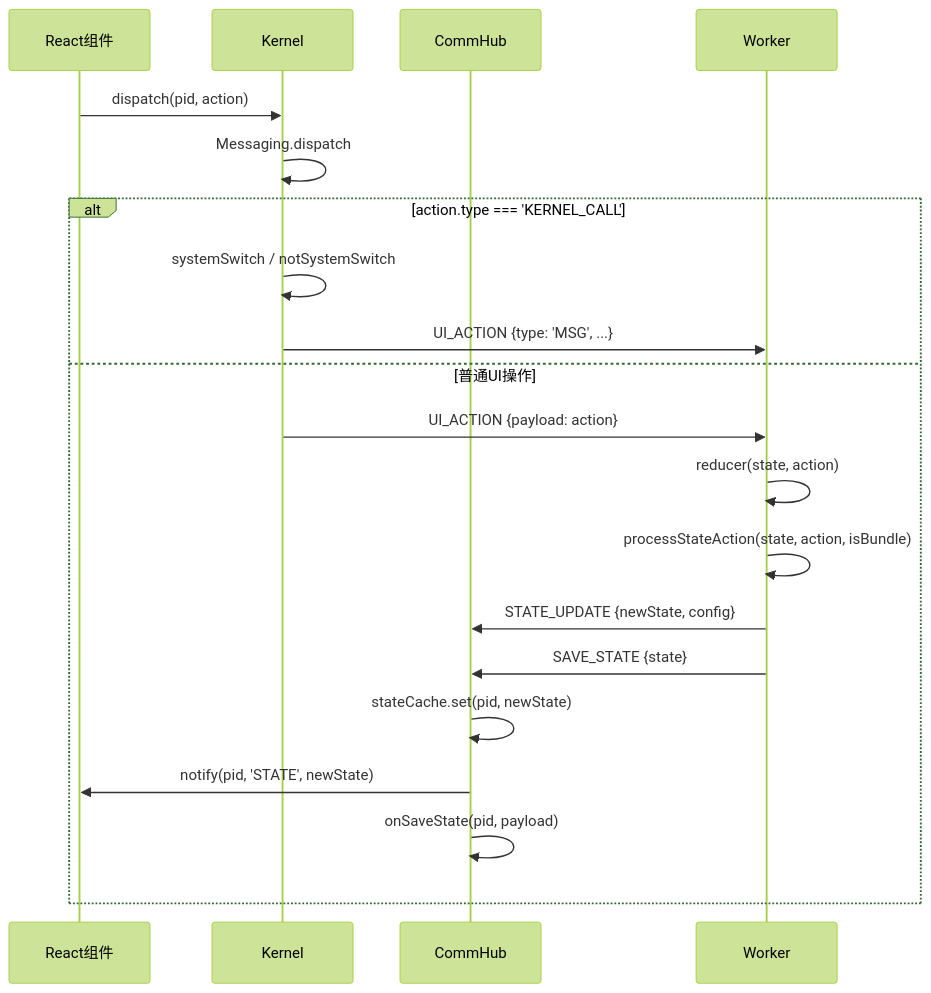
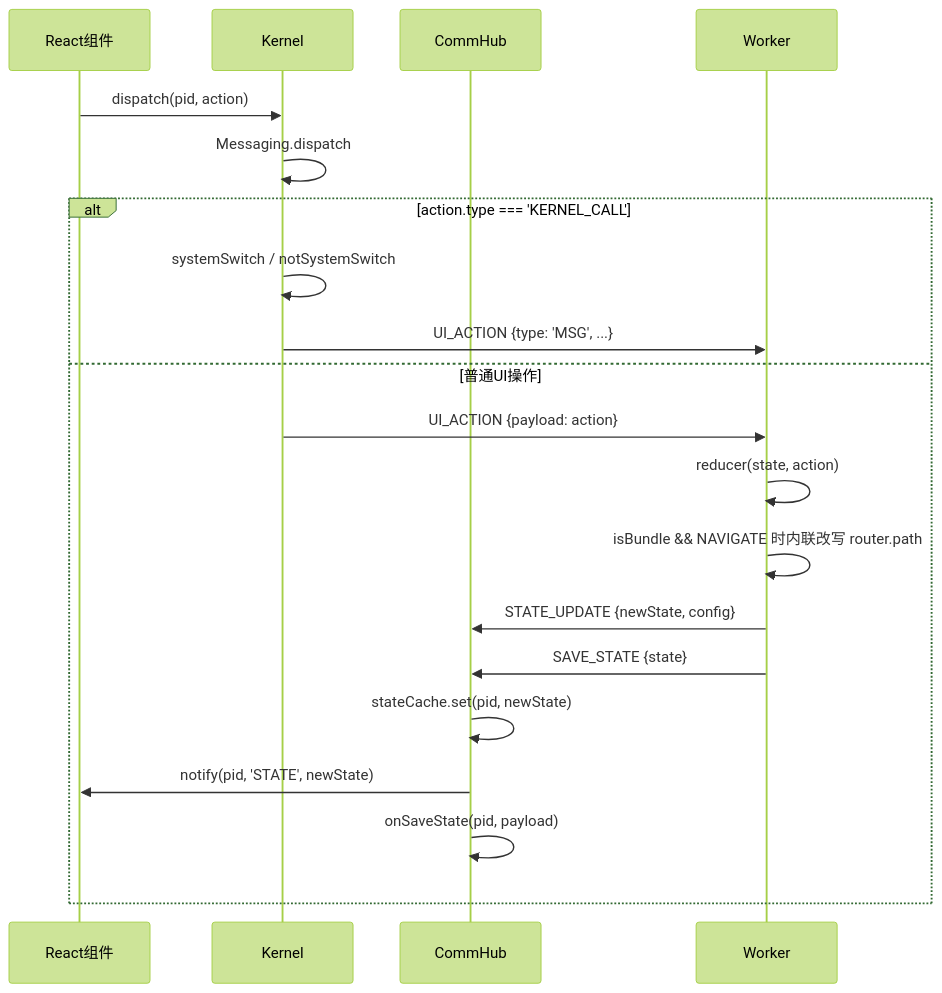
Diagram 12 of 14 in docs/module/04-process-kernel.md (suluwanqing/sukinOS), drawn with Mermaid (forest theme) before and after one commit. The commit also changed other lines of this file and 70 other files, not shown here.

````diff
--- a/docs/module/04-process-kernel.md
+++ b/docs/module/04-process-kernel.md
@@ -962,23 +1104,23 @@
 ```mermaid
 sequenceDiagram
     participant UI as React组件
     participant Kernel
     participant CommHub
     participant Worker
 
     UI->>Kernel: dispatch(pid, action)
     Kernel->>Kernel: Messaging.dispatch
     alt action.type === 'KERNEL_CALL'
         Kernel->>Kernel: systemSwitch / notSystemSwitch
         Kernel->>Worker: UI_ACTION {type: 'MSG', ...}
     else 普通UI操作
         Kernel->>Worker: UI_ACTION {payload: action}
         Worker->>Worker: reducer(state, action)
-        Worker->>Worker: processStateAction(state, action, isBundle)
+        Worker->>Worker: isBundle && NAVIGATE 时内联改写 router.path
         Worker->>CommHub: STATE_UPDATE {newState, config}
         Worker->>CommHub: SAVE_STATE {state}
         CommHub->>CommHub: stateCache.set(pid, newState)
         CommHub->>UI: notify(pid, 'STATE', newState)
         CommHub->>CommHub: onSaveState(pid, payload)
     end
 ```
````
